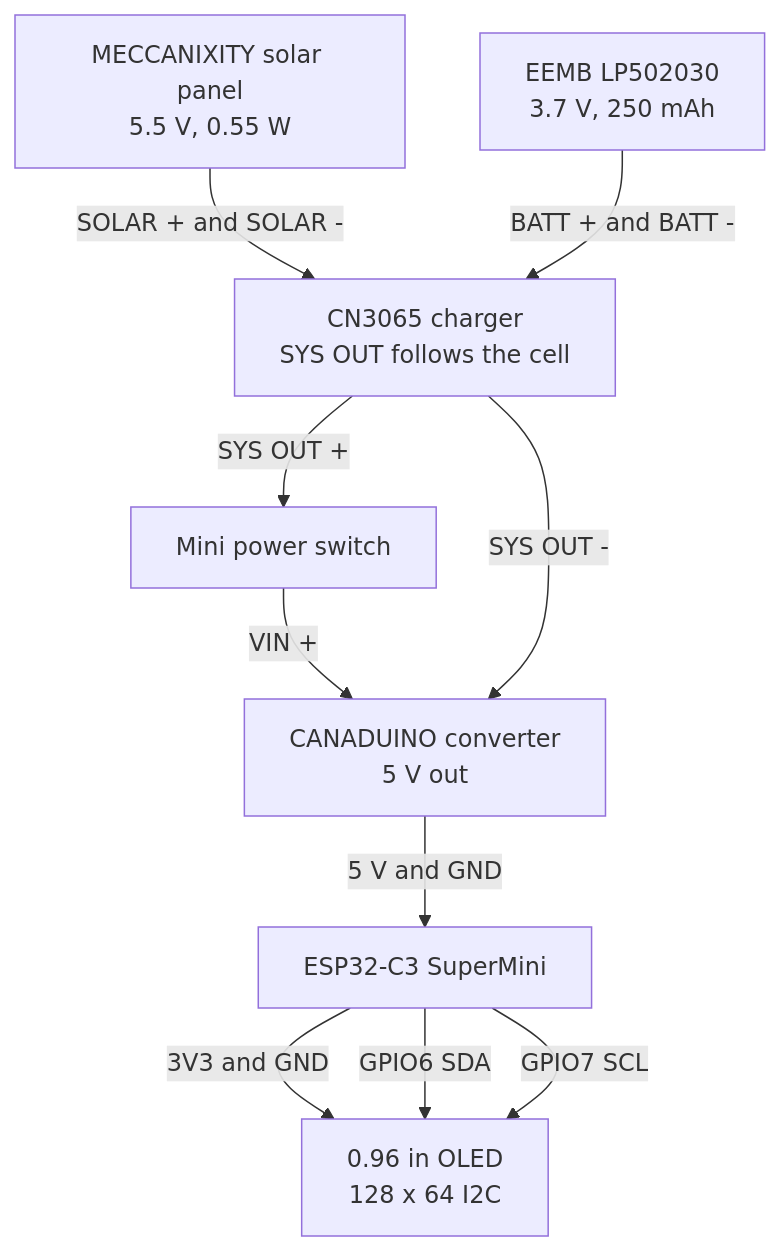
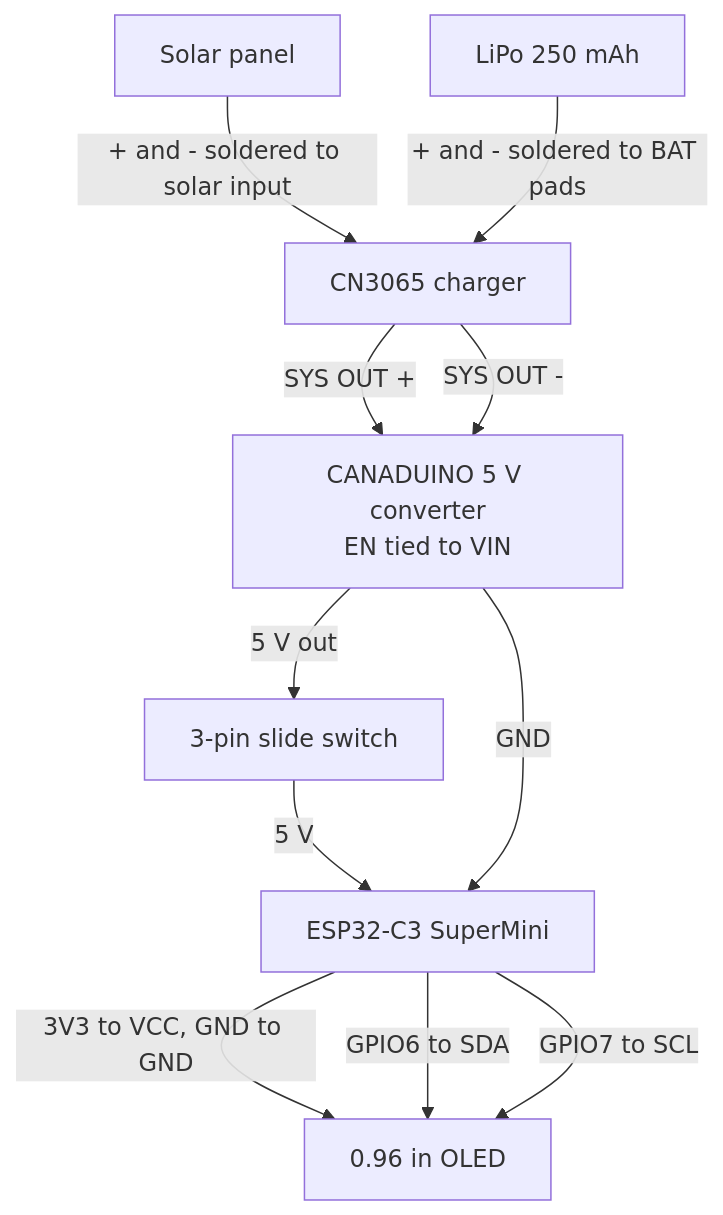
One commit to aayanrahman/solareyes changed the third of 5 diagrams in README.md. Above: the diagram before and after it, drawn with Mermaid. The commit also changed other lines of this file and 4 other files, not shown here.

````diff
--- a/README.md
+++ b/README.md
@@ -23,20 +135,21 @@
 ```mermaid
 flowchart TD
-    PANEL["MECCANIXITY solar panel<br/>5.5 V, 0.55 W"]
-    CN["CN3065 charger<br/>SYS OUT follows the cell"]
-    CELL["EEMB LP502030<br/>3.7 V, 250 mAh"]
-    SW["Mini power switch"]
-    BOOST["CANADUINO converter<br/>5 V out"]
+    PANEL["Solar panel"]
+    CN["CN3065 charger"]
+    CELL["LiPo 250 mAh"]
+    REG["CANADUINO 5 V converter<br/>EN tied to VIN"]
+    SW["3-pin slide switch"]
     MCU["ESP32-C3 SuperMini"]
-    OLED["0.96 in OLED<br/>128 x 64 I2C"]
+    OLED["0.96 in OLED"]
 
-    PANEL -->|"SOLAR + and SOLAR -"| CN
-    CELL -->|"BATT + and BATT -"| CN
-    CN -->|"SYS OUT +"| SW
-    SW -->|"VIN +"| BOOST
-    CN -->|"SYS OUT -"| BOOST
-    BOOST -->|"5 V and GND"| MCU
-    MCU -->|"3V3 and GND"| OLED
-    MCU -->|"GPIO6 SDA"| OLED
-    MCU -->|"GPIO7 SCL"| OLED
+    PANEL -->|"+ and - soldered to solar input"| CN
+    CELL -->|"+ and - soldered to BAT pads"| CN
+    CN -->|"SYS OUT +"| REG
+    CN -->|"SYS OUT -"| REG
+    REG -->|"5 V out"| SW
+    SW -->|"5 V"| MCU
+    REG -->|"GND"| MCU
+    MCU -->|"3V3 to VCC, GND to GND"| OLED
+    MCU -->|"GPIO6 to SDA"| OLED
+    MCU -->|"GPIO7 to SCL"| OLED
 ```
````
